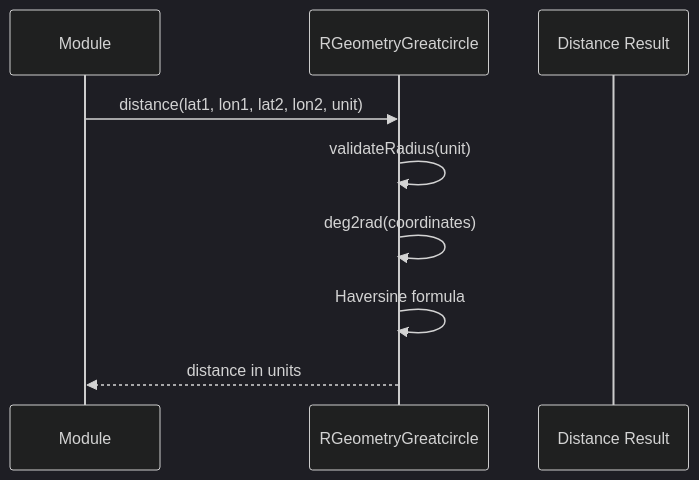
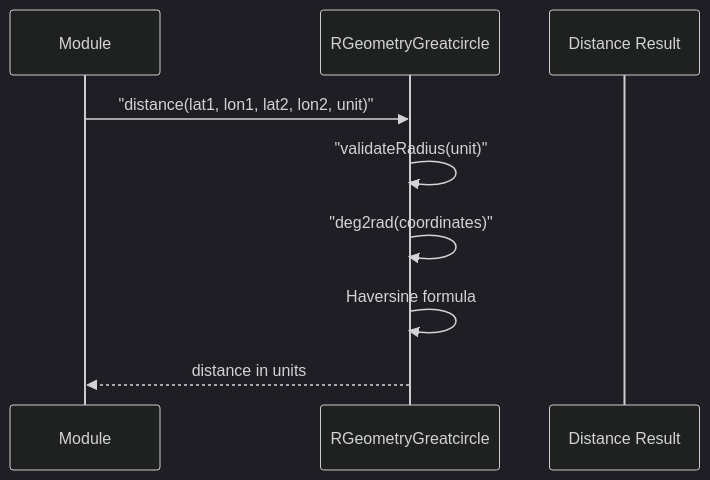
One commit to pauljrhodes/ramblers-library changed the second of 2 diagrams in geometry/HLD.md. Above: the diagram before and after it, drawn with Mermaid (dark theme). The commit also changed other lines of this file and 33 other files, not shown here.

Commit message:
Normalize Mermaid diagrams for GitHub rendering

````diff
--- a/geometry/HLD.md
+++ b/geometry/HLD.md
@@ -80,12 +80,12 @@
 ```mermaid
 sequenceDiagram
     participant Caller as Module
     participant GreatCircle as RGeometryGreatcircle
     participant Result as Distance Result
 
-    Caller->>GreatCircle: distance(lat1, lon1, lat2, lon2, unit)
-    GreatCircle->>GreatCircle: validateRadius(unit)
-    GreatCircle->>GreatCircle: deg2rad(coordinates)
+    Caller->>GreatCircle: "distance(lat1, lon1, lat2, lon2, unit)"
+    GreatCircle->>GreatCircle: "validateRadius(unit)"
+    GreatCircle->>GreatCircle: "deg2rad(coordinates)"
     GreatCircle->>GreatCircle: Haversine formula
     GreatCircle-->>Caller: distance in units
 ```
````
